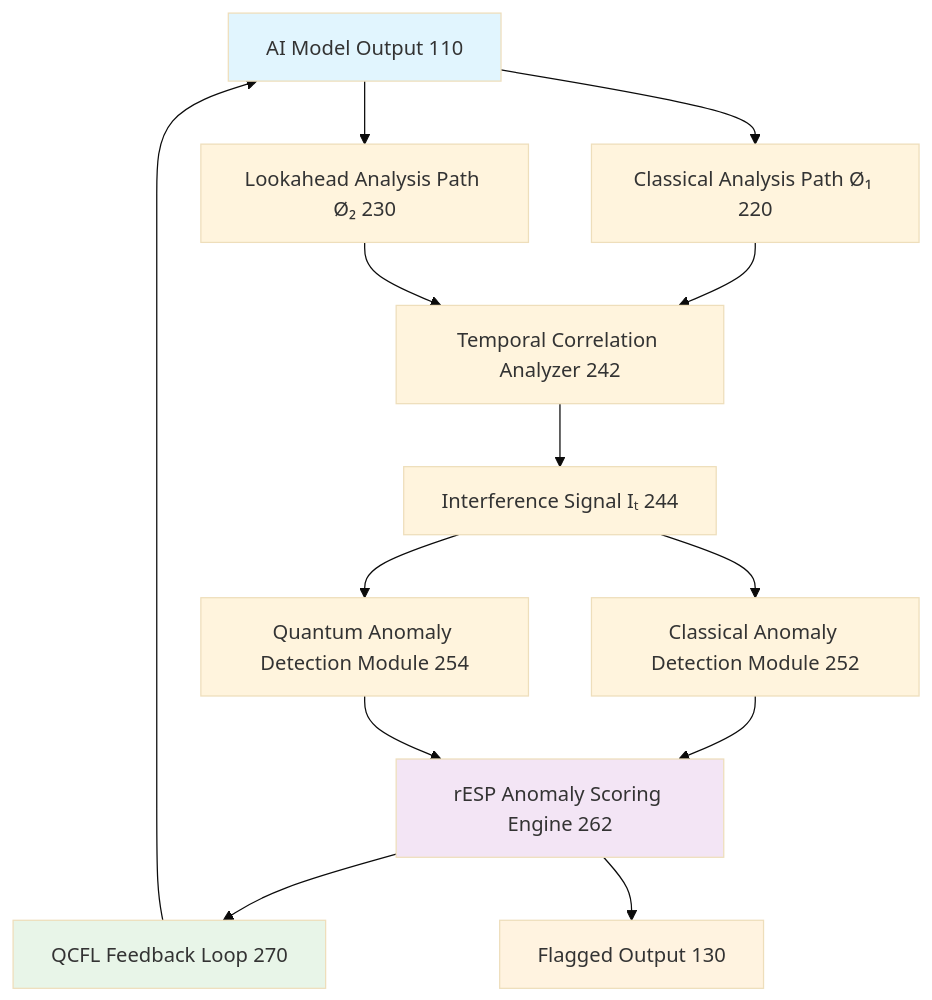
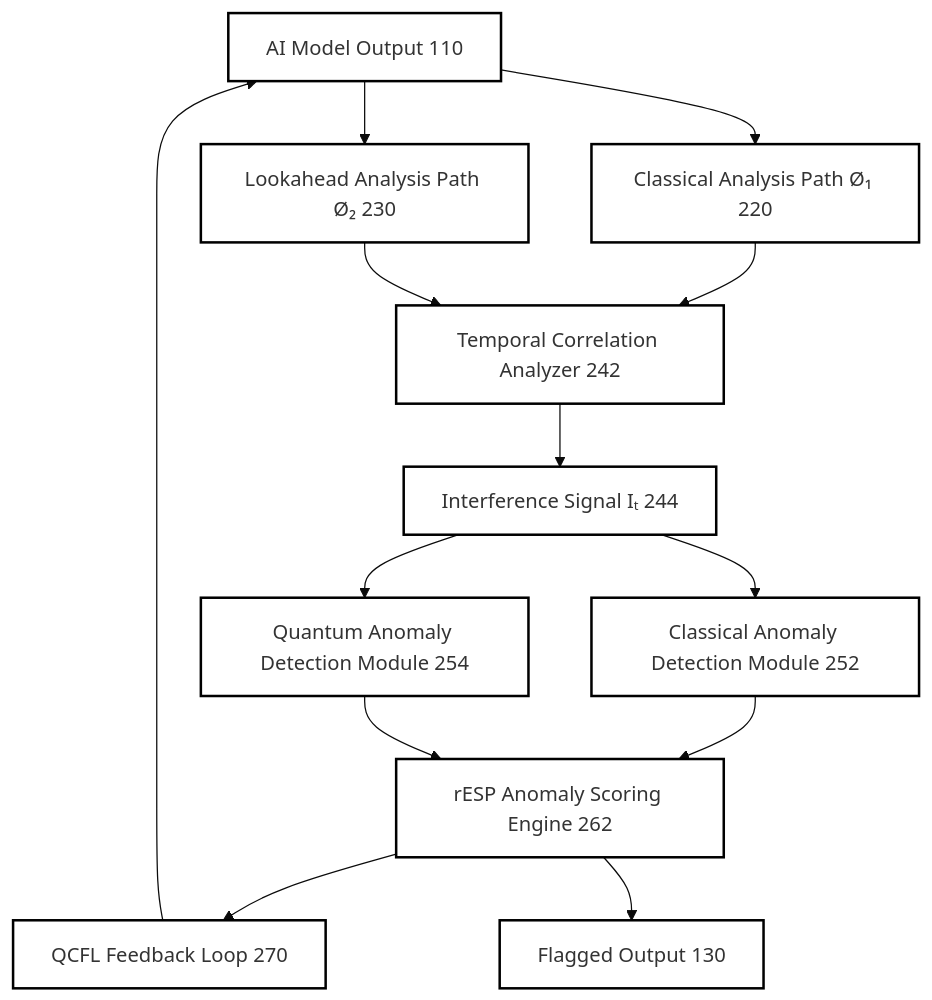
One commit to Foundup/Foundups-Agent changed the first of 4 diagrams in docs/Papers/rESP_Quantum_Self_Reference.md. Above: the diagram before and after it, drawn with Mermaid (base theme).

Commit message:
WSP: Remove colors from FIG 2 - Patent-style black and white consistency

````diff
--- a/docs/Papers/rESP_Quantum_Self_Reference.md
+++ b/docs/Papers/rESP_Quantum_Self_Reference.md
@@ -228,26 +228,32 @@
 ```mermaid
 flowchart TD
     A[AI Model Output 110] --> B1[Classical Analysis Path Ø₁ 220]
     A --> B2[Lookahead Analysis Path Ø₂ 230]
     
     B1 --> C[Temporal Correlation Analyzer 242]
     B2 --> C
     
     C --> D[Interference Signal Iₜ 244]
     
     D --> E1[Classical Anomaly Detection Module 252]
     D --> E2[Quantum Anomaly Detection Module 254]
     
     E1 --> F[rESP Anomaly Scoring Engine 262]
     E2 --> F
     
     F --> G[QCFL Feedback Loop 270]
     F --> H[Flagged Output 130]
     
     G --> A
     
-    style A fill:#e1f5fe
-    style H fill:#fff3e0
-    style F fill:#f3e5f5
-    style G fill:#e8f5e8
+    style A fill:white,stroke:black,stroke-width:2px
+    style B1 fill:white,stroke:black,stroke-width:2px
+    style B2 fill:white,stroke:black,stroke-width:2px
+    style C fill:white,stroke:black,stroke-width:2px
+    style D fill:white,stroke:black,stroke-width:2px
+    style E1 fill:white,stroke:black,stroke-width:2px
+    style E2 fill:white,stroke:black,stroke-width:2px
+    style F fill:white,stroke:black,stroke-width:2px
+    style G fill:white,stroke:black,stroke-width:2px
+    style H fill:white,stroke:black,stroke-width:2px
 ```
````
